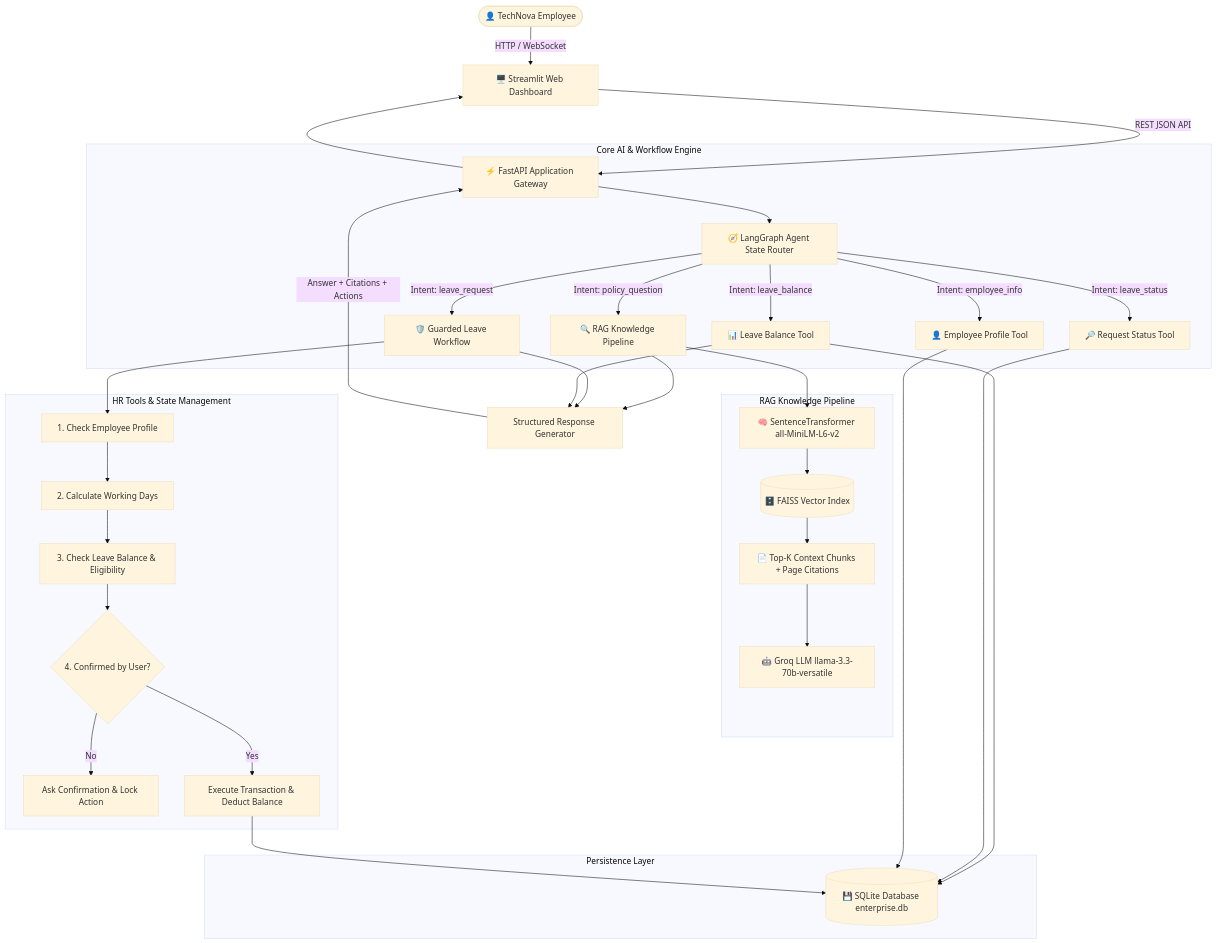
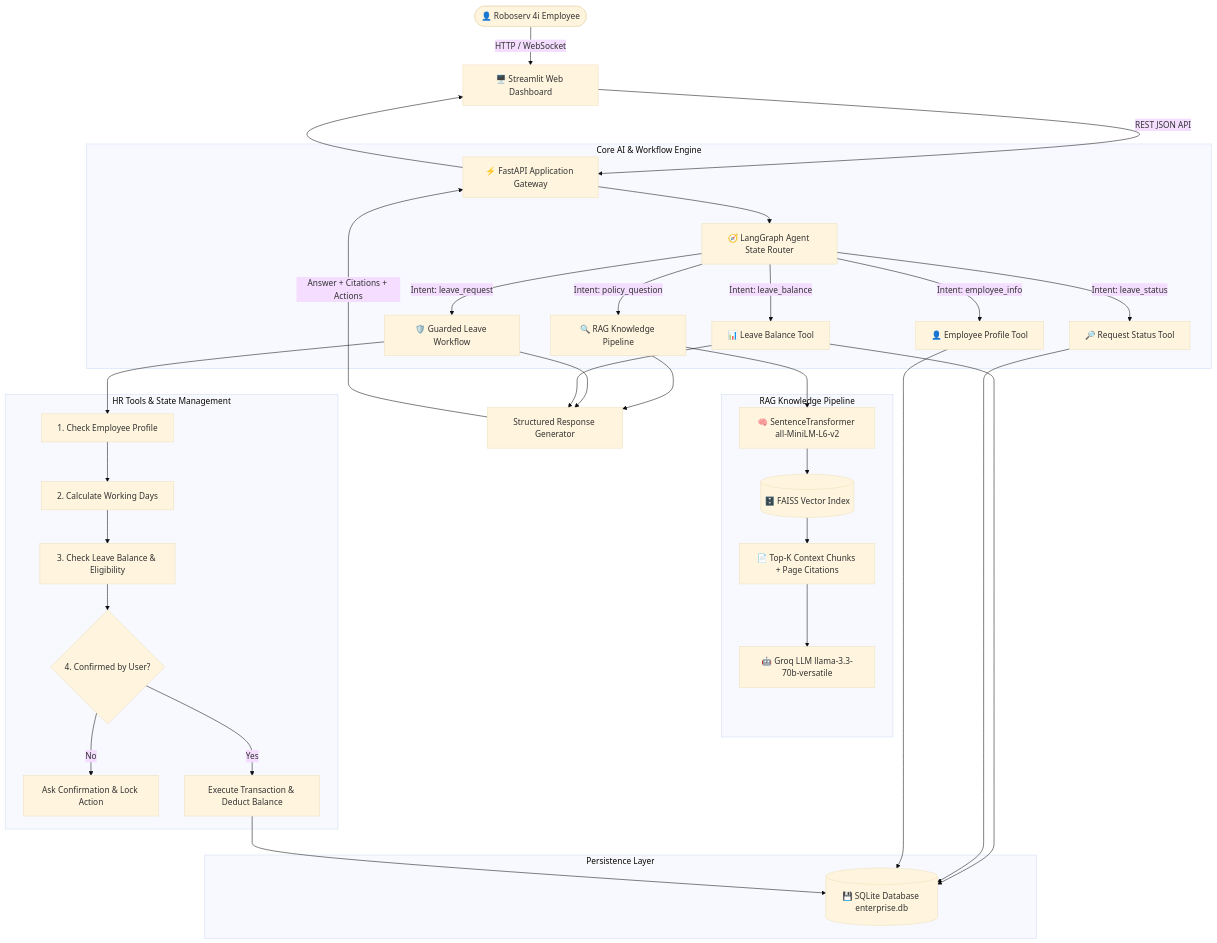
Before and after one commit to DevGokha/Enterprise-Policy-Assistant: the first of 4 diagrams in ARCHITECTURE.md, drawn with Mermaid (base theme). The commit also changed other lines of this file and 10 other files, not shown here.

````diff
--- a/ARCHITECTURE.md
+++ b/ARCHITECTURE.md
@@ -11,44 +11,44 @@
 ```mermaid
 graph TD
-    User([👤 TechNova Employee]) -->|HTTP / WebSocket| UI[🖥️ Streamlit Web Dashboard]
+    User([👤 Roboserv 4i Employee]) -->|HTTP / WebSocket| UI[🖥️ Streamlit Web Dashboard]
     UI -->|REST JSON API| API[⚡ FastAPI Application Gateway]
     
     subgraph Core AI & Workflow Engine
         API --> Router[🧭 LangGraph Agent State Router]
         
         Router -->|Intent: policy_question| RAG[🔍 RAG Knowledge Pipeline]
         Router -->|Intent: leave_balance| Tool_Bal[📊 Leave Balance Tool]
         Router -->|Intent: leave_status| Tool_Stat[🔎 Request Status Tool]
         Router -->|Intent: employee_info| Tool_Emp[👤 Employee Profile Tool]
         Router -->|Intent: leave_request| AgenticFlow[🛡️ Guarded Leave Workflow]
     end
 
     subgraph RAG Knowledge Pipeline
         RAG --> Embed[🧠 SentenceTransformer all-MiniLM-L6-v2]
         Embed --> FAISS[(🗄️ FAISS Vector Index)]
         FAISS --> TopK[📄 Top-K Context Chunks + Page Citations]
         TopK --> LLM[🤖 Groq LLM llama-3.3-70b-versatile]
     end
 
     subgraph HR Tools & State Management
         AgenticFlow --> Step1[1. Check Employee Profile]
         Step1 --> Step2[2. Calculate Working Days]
         Step2 --> Step3[3. Check Leave Balance & Eligibility]
         Step3 --> Step4{4. Confirmed by User?}
         Step4 -->|No| AskConf[Ask Confirmation & Lock Action]
         Step4 -->|Yes| ExecReq[Execute Transaction & Deduct Balance]
     end
 
     subgraph Persistence Layer
         Tool_Bal --> DB[(💾 SQLite Database enterprise.db)]
         Tool_Stat --> DB
         Tool_Emp --> DB
         ExecReq --> DB
     end
 
     RAG --> RespGen[Structured Response Generator]
     AgenticFlow --> RespGen
     Tool_Bal --> RespGen
     RespGen -->|Answer + Citations + Actions| API
     API --> UI
 ```
````
